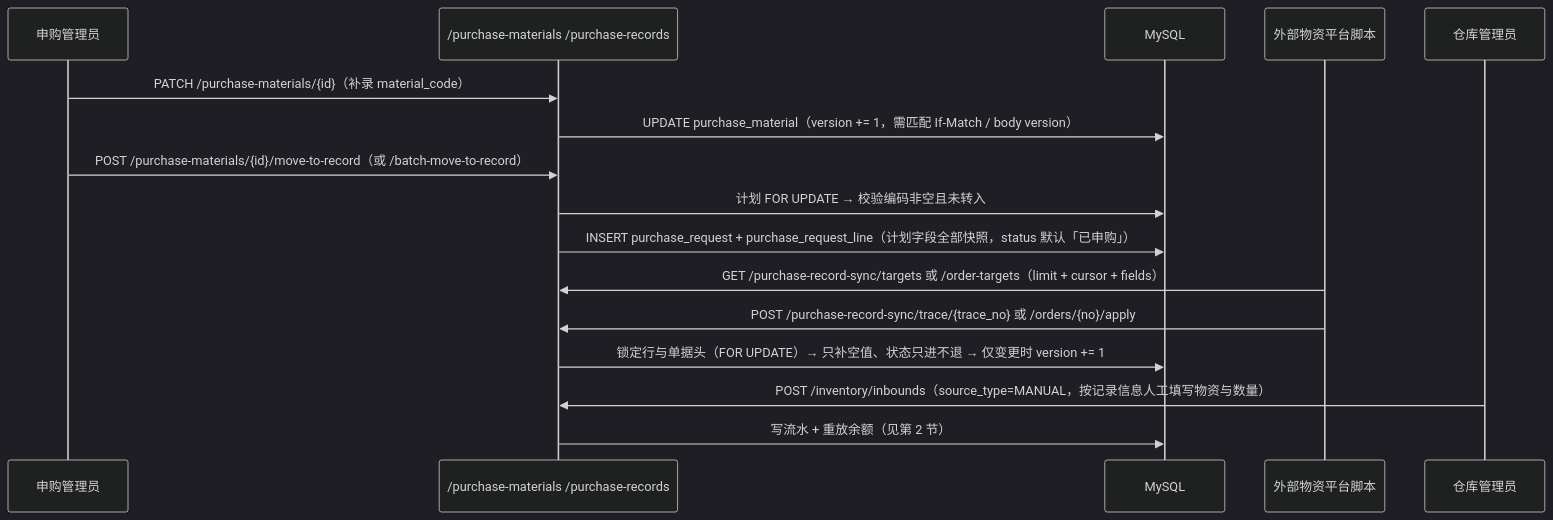
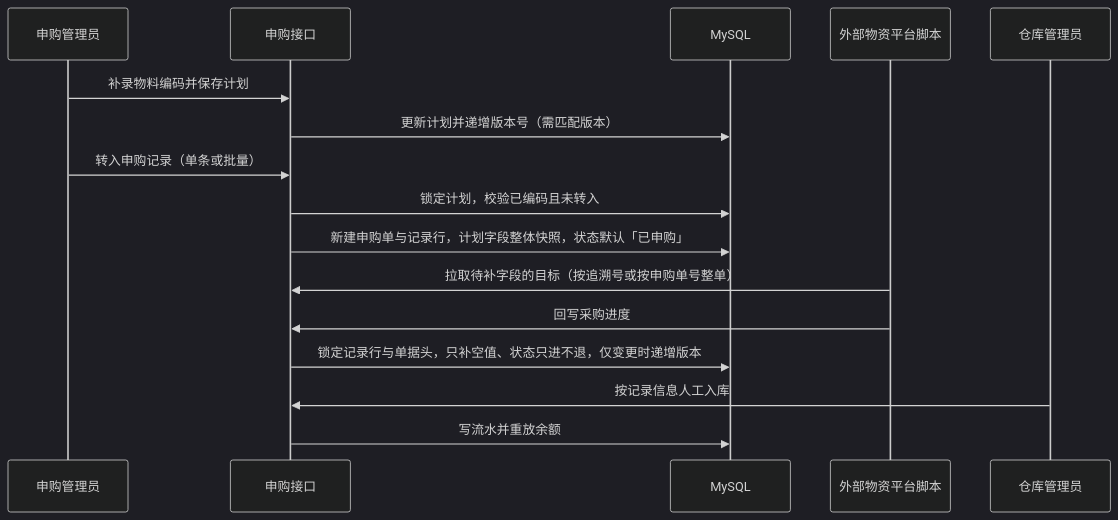
One commit to Sakana-1314/Electrical-Manager changed diagram 13 of 27 in docs/websites/pages/dev-flows.md. Above: the diagram before and after it, drawn with Mermaid (dark theme). The commit also changed other lines of this file and 24 other files, not shown here.

Commit message:
docs: 重构文档站（部署指南 / 接口 / 系统设计 + 图表化） (#301)

````diff
--- a/docs/websites/pages/dev-flows.md
+++ b/docs/websites/pages/dev-flows.md
@@ -190,18 +202,18 @@
 ```mermaid
 sequenceDiagram
     participant P as 申购管理员
-    participant API as /purchase-materials /purchase-records
+    participant API as 申购接口
     participant DB as MySQL
     participant X as 外部物资平台脚本
     participant W as 仓库管理员
-    P->>API: PATCH /purchase-materials/{id}（补录 material_code）
-    API->>DB: UPDATE purchase_material（version += 1，需匹配 If-Match / body version）
-    P->>API: POST /purchase-materials/{id}/move-to-record（或 /batch-move-to-record）
-    API->>DB: 计划 FOR UPDATE → 校验编码非空且未转入
-    API->>DB: INSERT purchase_request + purchase_request_line（计划字段全部快照，status 默认「已申购」）
-    X->>API: GET /purchase-record-sync/targets 或 /order-targets（limit + cursor + fields）
-    X->>API: POST /purchase-record-sync/trace/{trace_no} 或 /orders/{no}/apply
-    API->>DB: 锁定行与单据头（FOR UPDATE）→ 只补空值、状态只进不退 → 仅变更时 version += 1
-    W->>API: POST /inventory/inbounds（source_type=MANUAL，按记录信息人工填写物资与数量）
-    API->>DB: 写流水 + 重放余额（见第 2 节）
+    P->>API: 补录物料编码并保存计划
+    API->>DB: 更新计划并递增版本号（需匹配版本）
+    P->>API: 转入申购记录（单条或批量）
+    API->>DB: 锁定计划，校验已编码且未转入
+    API->>DB: 新建申购单与记录行，计划字段整体快照，状态默认「已申购」
+    X->>API: 拉取待补字段的目标（按追溯号或按申购单号整单）
+    X->>API: 回写采购进度
+    API->>DB: 锁定记录行与单据头，只补空值、状态只进不退，仅变更时递增版本
+    W->>API: 按记录信息人工入库
+    API->>DB: 写流水并重放余额
 ```
````
